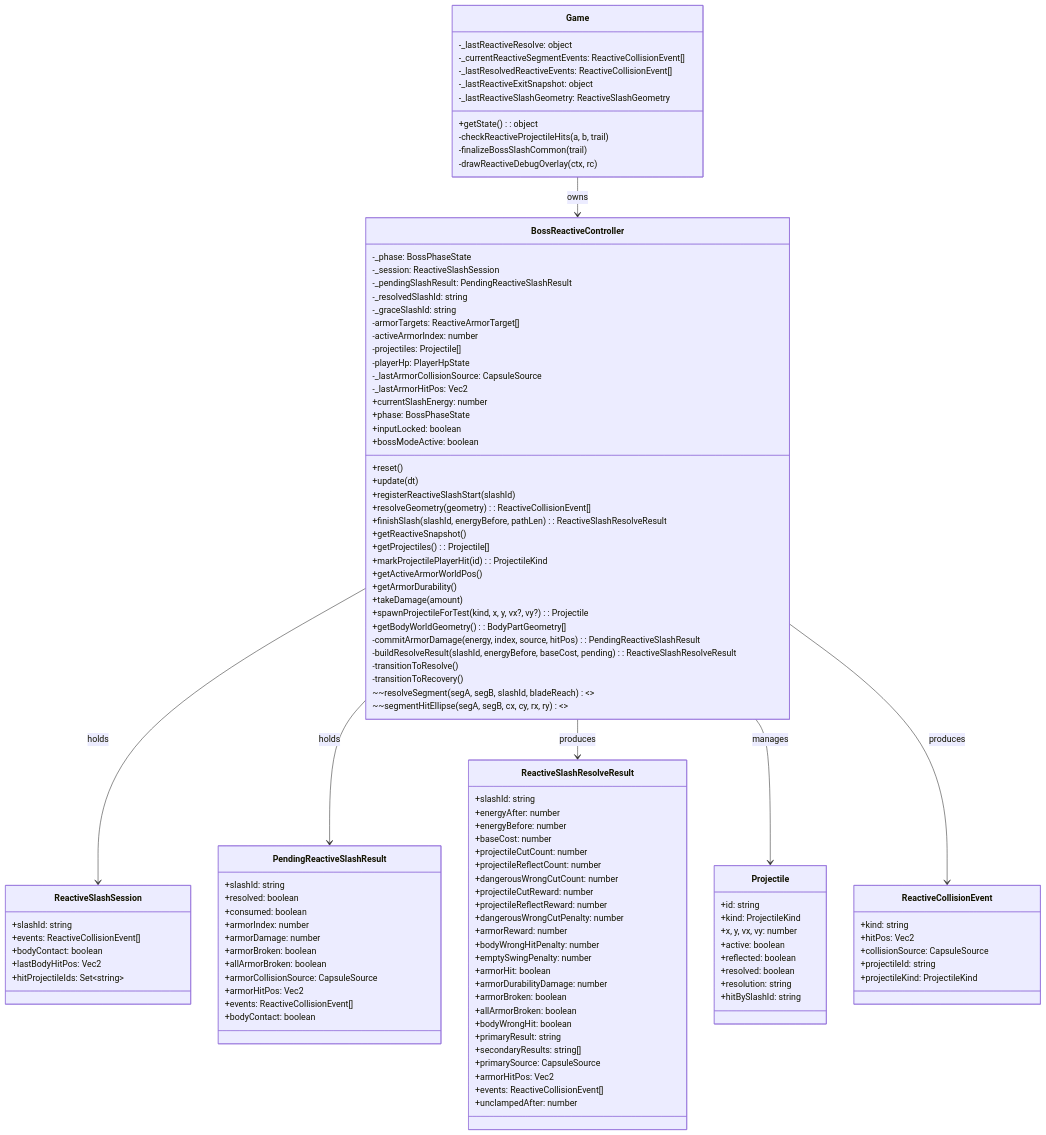
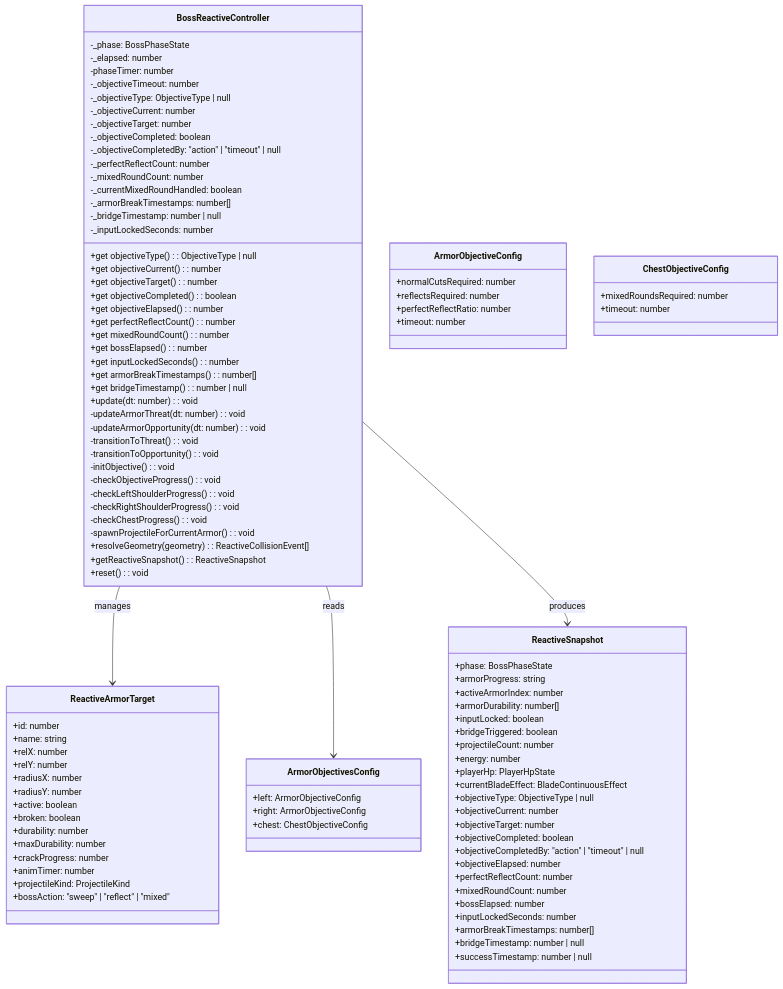
One commit to HubinAI/one-blade-h5-prototype changed the diagram in docs/class-diagram.mermaid. Above: the diagram before and after it, drawn with Mermaid. The commit also changed 48 other files, not shown here.

Commit message:
feat: import frozen Boss V1 snapshot V0728073

```diff
--- a/docs/class-diagram.mermaid
+++ b/docs/class-diagram.mermaid
@@ -1,124 +1,108 @@
 classDiagram
-    class Game {
-        -_lastReactiveResolve: object
-        -_currentReactiveSegmentEvents: ReactiveCollisionEvent[]
-        -_lastResolvedReactiveEvents: ReactiveCollisionEvent[]
-        -_lastReactiveExitSnapshot: object
-        -_lastReactiveSlashGeometry: ReactiveSlashGeometry
-        +getState() : object
-        -checkReactiveProjectileHits(a, b, trail)
-        -finalizeBossSlashCommon(trail)
-        -drawReactiveDebugOverlay(ctx, rc)
+    class BossReactiveController {
+        -_phase: BossPhaseState
+        -_elapsed: number
+        -phaseTimer: number
+        -_objectiveTimeout: number
+        -_objectiveType: ObjectiveType | null
+        -_objectiveCurrent: number
+        -_objectiveTarget: number
+        -_objectiveCompleted: boolean
+        -_objectiveCompletedBy: "action" | "timeout" | null
+        -_perfectReflectCount: number
+        -_mixedRoundCount: number
+        -_currentMixedRoundHandled: boolean
+        -_armorBreakTimestamps: number[]
+        -_bridgeTimestamp: number | null
+        -_inputLockedSeconds: number
+        +get objectiveType(): ObjectiveType | null
+        +get objectiveCurrent(): number
+        +get objectiveTarget(): number
+        +get objectiveCompleted(): boolean
+        +get objectiveElapsed(): number
+        +get perfectReflectCount(): number
+        +get mixedRoundCount(): number
+        +get bossElapsed(): number
+        +get inputLockedSeconds(): number
+        +get armorBreakTimestamps(): number[]
+        +get bridgeTimestamp(): number | null
+        +update(dt: number): void
+        -updateArmorThreat(dt: number): void
+        -updateArmorOpportunity(dt: number): void
+        -transitionToThreat(): void
+        -transitionToOpportunity(): void
+        -initObjective(): void
+        -checkObjectiveProgress(): void
+        -checkLeftShoulderProgress(): void
+        -checkRightShoulderProgress(): void
+        -checkChestProgress(): void
+        -spawnProjectileForCurrentArmor(): void
+        +resolveGeometry(geometry): ReactiveCollisionEvent[]
+        +getReactiveSnapshot(): ReactiveSnapshot
+        +reset(): void
     }
 
-    class BossReactiveController {
-        -_phase: BossPhaseState
-        -_session: ReactiveSlashSession
-        -_pendingSlashResult: PendingReactiveSlashResult
-        -_resolvedSlashId: string
-        -_graceSlashId: string
-        -armorTargets: ReactiveArmorTarget[]
-        -activeArmorIndex: number
-        -projectiles: Projectile[]
-        -playerHp: PlayerHpState
-        -_lastArmorCollisionSource: CapsuleSource
-        -_lastArmorHitPos: Vec2
-        +currentSlashEnergy: number
-        +phase: BossPhaseState
-        +inputLocked: boolean
-        +bossModeActive: boolean
-        +reset()
-        +update(dt)
-        +registerReactiveSlashStart(slashId)
-        +resolveGeometry(geometry): ReactiveCollisionEvent[]
-        +finishSlash(slashId, energyBefore, pathLen): ReactiveSlashResolveResult
-        +getReactiveSnapshot()
-        +getProjectiles(): Projectile[]
-        +markProjectilePlayerHit(id): ProjectileKind
-        +getActiveArmorWorldPos()
-        +getArmorDurability()
-        +takeDamage(amount)
-        +spawnProjectileForTest(kind, x, y, vx?, vy?): Projectile
-        +getBodyWorldGeometry(): BodyPartGeometry[]
-        -commitArmorDamage(energy, index, source, hitPos): PendingReactiveSlashResult
-        -buildResolveResult(slashId, energyBefore, baseCost, pending): ReactiveSlashResolveResult
-        -transitionToResolve()
-        -transitionToRecovery()
-        ~~resolveSegment(segA, segB, slashId, bladeReach)~~
-        ~~segmentHitEllipse(segA, segB, cx, cy, rx, ry)~~
+    class ReactiveArmorTarget {
+        +id: number
+        +name: string
+        +relX: number
+        +relY: number
+        +radiusX: number
+        +radiusY: number
+        +active: boolean
+        +broken: boolean
+        +durability: number
+        +maxDurability: number
+        +crackProgress: number
+        +animTimer: number
+        +projectileKind: ProjectileKind
+        +bossAction: "sweep" | "reflect" | "mixed"
     }
 
-    class ReactiveSlashSession {
-        +slashId: string
-        +events: ReactiveCollisionEvent[]
-        +bodyContact: boolean
-        +lastBodyHitPos: Vec2
-        +hitProjectileIds: Set~string~
+    class ArmorObjectiveConfig {
+        +normalCutsRequired: number
+        +reflectsRequired: number
+        +perfectReflectRatio: number
+        +timeout: number
     }
 
-    class PendingReactiveSlashResult {
-        +slashId: string
-        +resolved: boolean
-        +consumed: boolean
-        +armorIndex: number
-        +armorDamage: number
-        +armorBroken: boolean
-        +allArmorBroken: boolean
-        +armorCollisionSource: CapsuleSource
-        +armorHitPos: Vec2
-        +events: ReactiveCollisionEvent[]
-        +bodyContact: boolean
+    class ChestObjectiveConfig {
+        +mixedRoundsRequired: number
+        +timeout: number
     }
 
-    class ReactiveSlashResolveResult {
-        +slashId: string
-        +energyAfter: number
-        +energyBefore: number
-        +baseCost: number
-        +projectileCutCount: number
-        +projectileReflectCount: number
-        +dangerousWrongCutCount: number
-        +projectileCutReward: number
-        +projectileReflectReward: number
-        +dangerousWrongCutPenalty: number
-        +armorReward: number
-        +bodyWrongHitPenalty: number
-        +emptySwingPenalty: number
-        +armorHit: boolean
-        +armorDurabilityDamage: number
-        +armorBroken: boolean
-        +allArmorBroken: boolean
-        +bodyWrongHit: boolean
-        +primaryResult: string
-        +secondaryResults: string[]
-        +primarySource: CapsuleSource
-        +armorHitPos: Vec2
-        +events: ReactiveCollisionEvent[]
-        +unclampedAfter: number
+    class ArmorObjectivesConfig {
+        +left: ArmorObjectiveConfig
+        +right: ArmorObjectiveConfig
+        +chest: ChestObjectiveConfig
     }
 
-    class Projectile {
-        +id: string
-        +kind: ProjectileKind
-        +x, y, vx, vy: number
-        +active: boolean
-        +reflected: boolean
-        +resolved: boolean
-        +resolution: string
-        +hitBySlashId: string
+    class ReactiveSnapshot {
+        +phase: BossPhaseState
+        +armorProgress: string
+        +activeArmorIndex: number
+        +armorDurability: number[]
+        +inputLocked: boolean
+        +bridgeTriggered: boolean
+        +projectileCount: number
+        +energy: number
+        +playerHp: PlayerHpState
+        +currentBladeEffect: BladeContinuousEffect
+        +objectiveType: ObjectiveType | null
+        +objectiveCurrent: number
+        +objectiveTarget: number
+        +objectiveCompleted: boolean
+        +objectiveCompletedBy: "action" | "timeout" | null
+        +objectiveElapsed: number
+        +perfectReflectCount: number
+        +mixedRoundCount: number
+        +bossElapsed: number
+        +inputLockedSeconds: number
+        +armorBreakTimestamps: number[]
+        +bridgeTimestamp: number | null
+        +successTimestamp: number | null
     }
 
-    class ReactiveCollisionEvent {
-        +kind: string
-        +hitPos: Vec2
-        +collisionSource: CapsuleSource
-        +projectileId: string
-        +projectileKind: ProjectileKind
-    }
-
-    BossReactiveController --> ReactiveSlashSession : holds
-    BossReactiveController --> PendingReactiveSlashResult : holds
-    BossReactiveController --> ReactiveSlashResolveResult : produces
-    BossReactiveController --> Projectile : manages
-    BossReactiveController --> ReactiveCollisionEvent : produces
-    Game --> BossReactiveController : owns
+    BossReactiveController --> ReactiveArmorTarget : manages
+    BossReactiveController --> ArmorObjectivesConfig : reads
+    BossReactiveController --> ReactiveSnapshot : produces
```
